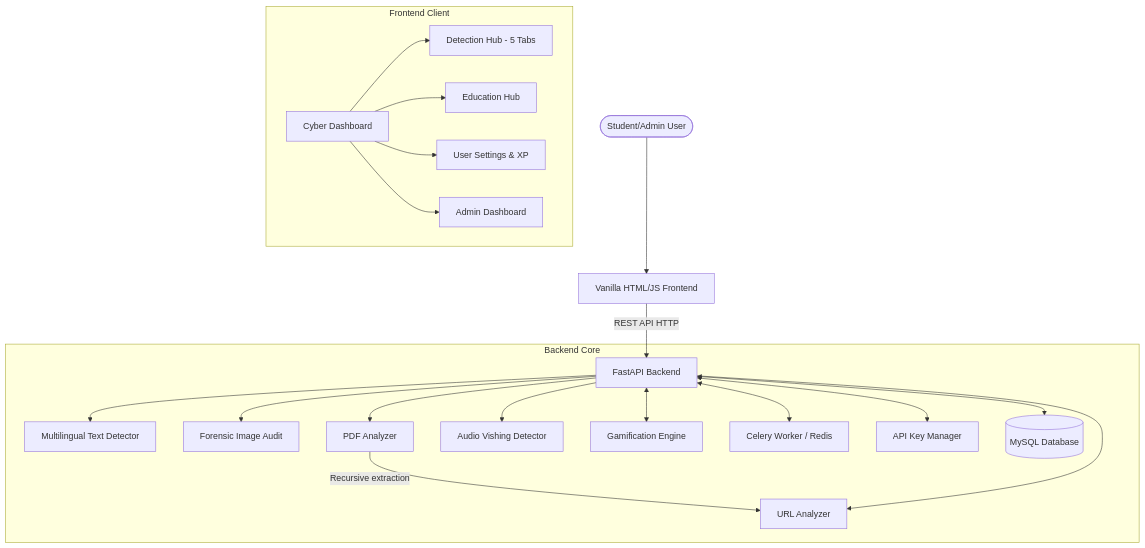
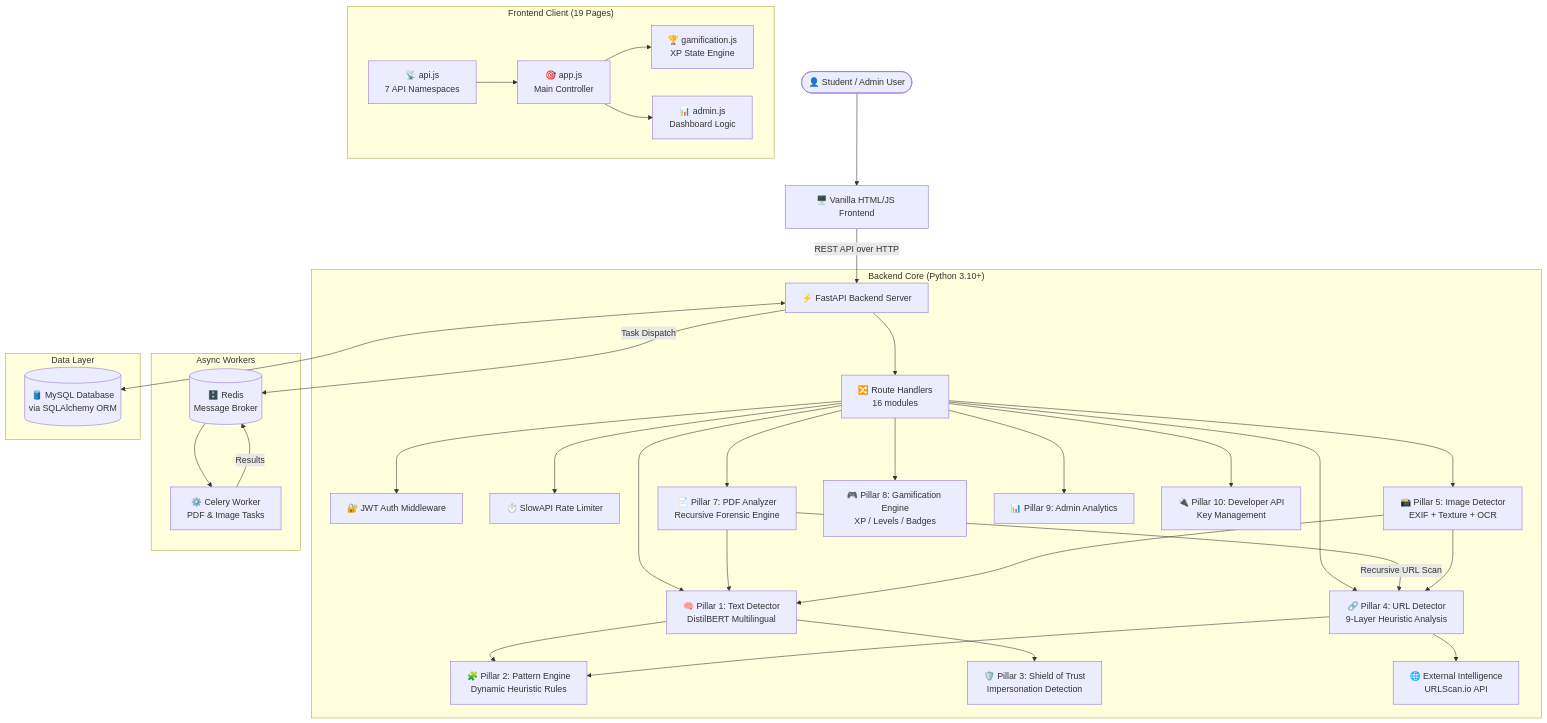
Before and after one commit to FerretyCobra/CyberShield-EDU: the first of 3 diagrams in docs/architecture.md, drawn with Mermaid. The commit also changed other lines of this file and 25 other files, not shown here.

Commit message:
feat: implement core detection services and comprehensive project documentation

````diff
--- a/docs/architecture.md
+++ b/docs/architecture.md
@@ -7,26 +64,45 @@
 ```mermaid
 graph TD
-    User([Student/Admin User]) --> Frontend[Vanilla HTML/JS Frontend]
-    Frontend -->|REST API HTTP| Backend[FastAPI Backend]
+    User([👤 Student / Admin User]) --> Frontend[🖥️ Vanilla HTML/JS Frontend]
+    Frontend -->|REST API over HTTP| Backend[⚡ FastAPI Backend Server]
 
-    subgraph Backend Core
-        Backend --> DetectText[Multilingual Text Detector]
-        Backend --> DetectImg[Forensic Image Audit]
-        Backend --> DetectPDF[PDF Analyzer]
-        DetectPDF -->|Recursive extraction| DetectURL[URL Analyzer]
-        Backend --> DetectURL
-        Backend --> DetectAudio[Audio Vishing Detector]
-        
-        Backend <--> GamifService[Gamification Engine]
-        Backend <--> Worker[Celery Worker / Redis]
-        Backend <--> KeyService[API Key Manager]
-        Backend <--> DB[(MySQL Database)]
+    subgraph "Backend Core (Python 3.10+)"
+        Backend --> Router[🔀 Route Handlers<br/>16 modules]
+        Router --> AuthMiddleware[🔐 JWT Auth Middleware]
+        Router --> RateLimiter[⏱️ SlowAPI Rate Limiter]
+
+        Router --> TextDetector[🧠 Pillar 1: Text Detector<br/>DistilBERT Multilingual]
+        Router --> URLDetector[🔗 Pillar 4: URL Detector<br/>9-Layer Heuristic Analysis]
+        Router --> PDFAnalyzer[📄 Pillar 7: PDF Analyzer<br/>Recursive Forensic Engine]
+        Router --> ImageDetector[📸 Pillar 5: Image Detector<br/>EXIF + Texture + OCR]
+
+        TextDetector --> PatternEngine[🧩 Pillar 2: Pattern Engine<br/>Dynamic Heuristic Rules]
+        TextDetector --> TrustService[🛡️ Pillar 3: Shield of Trust<br/>Impersonation Detection]
+        URLDetector --> PatternEngine
+        URLDetector --> ExternalIntel[🌐 External Intelligence<br/>URLScan.io API]
+        PDFAnalyzer -->|Recursive URL Scan| URLDetector
+        PDFAnalyzer --> TextDetector
+        ImageDetector --> TextDetector
+        ImageDetector --> URLDetector
+
+        Router --> GamifService[🎮 Pillar 8: Gamification Engine<br/>XP / Levels / Badges]
+        Router --> AdminService[📊 Pillar 9: Admin Analytics]
+        Router --> APIKeyService[🔌 Pillar 10: Developer API<br/>Key Management]
     end
-    
-    subgraph Frontend Client
-        Dashboard[Cyber Dashboard] --> DetectionUI[Detection Hub - 5 Tabs]
-        Dashboard --> AwarenessUI[Education Hub]
-        Dashboard --> ProfileUI[User Settings & XP]
-        Dashboard --> AdminUI[Admin Dashboard]
+
+    subgraph "Async Workers"
+        Backend -->|Task Dispatch| Redis[(🗄️ Redis<br/>Message Broker)]
+        Redis --> CeleryWorker[⚙️ Celery Worker<br/>PDF & Image Tasks]
+        CeleryWorker -->|Results| Redis
+    end
+
+    subgraph "Data Layer"
+        Backend <--> MySQL[(🛢️ MySQL Database<br/>via SQLAlchemy ORM)]
+    end
+
+    subgraph "Frontend Client (19 Pages)"
+        FE_API[📡 api.js<br/>7 API Namespaces] --> FE_App[🎯 app.js<br/>Main Controller]
+        FE_App --> FE_Gamif[🏆 gamification.js<br/>XP State Engine]
+        FE_App --> FE_Admin[📊 admin.js<br/>Dashboard Logic]
     end
 ```
````
